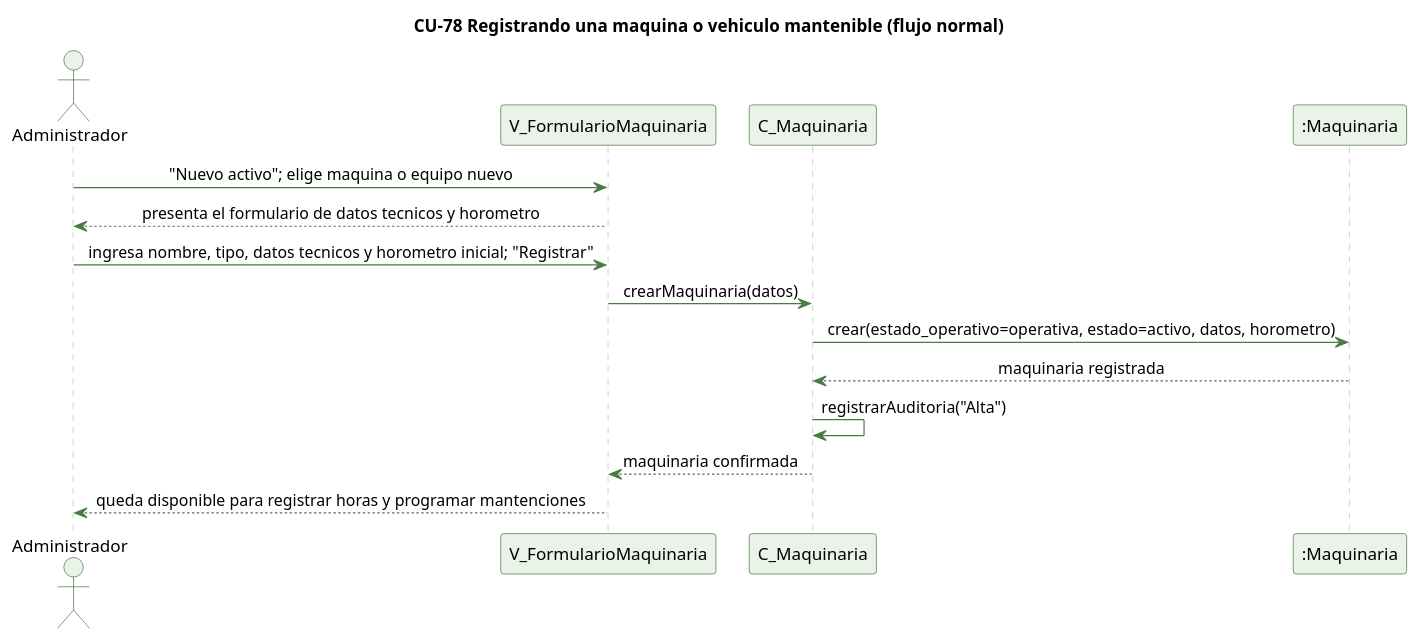
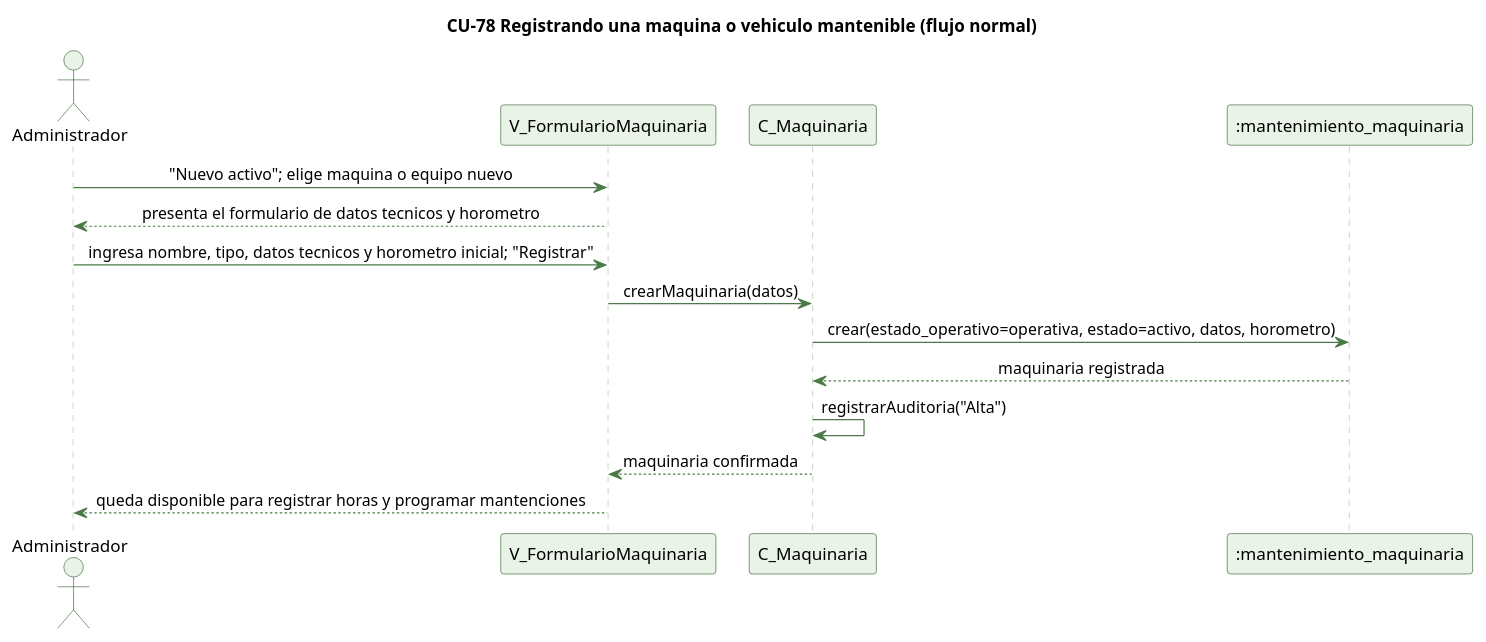
The diagram in docs/trabajo-grupal/diagramas/secuencias/cu78-registrar-activo-normal.puml (kenjikaese/Triverde), drawn with PlantUML before and after one commit. The commit also changed 215 other files, not shown here.

```diff
--- a/docs/trabajo-grupal/diagramas/secuencias/cu78-registrar-activo-normal.puml
+++ b/docs/trabajo-grupal/diagramas/secuencias/cu78-registrar-activo-normal.puml
@@ -1,31 +1,31 @@
 @startuml cu78-registrar-activo-normal
 ' CU-78 Registrando una maquina o vehiculo mantenible - flujo normal
 skinparam backgroundColor #FFFFFF
 skinparam shadowing false
 skinparam defaultFontName Helvetica
 skinparam sequenceMessageAlign center
 skinparam ParticipantBackgroundColor #EAF3E7
 skinparam ParticipantBorderColor #2E5E2A
 skinparam ActorBackgroundColor #EAF3E7
 skinparam ActorBorderColor #2E5E2A
 skinparam sequenceLifeLineBorderColor #9CC49A
 skinparam ArrowColor #4B7A46
 
 title CU-78 Registrando una maquina o vehiculo mantenible (flujo normal)
 
 actor Administrador
 participant "V_FormularioMaquinaria" as V
 participant "C_Maquinaria" as C
-participant ":Maquinaria" as MQ
+participant ":mantenimiento_maquinaria" as MQ
 
 Administrador -> V : "Nuevo activo"; elige maquina o equipo nuevo
 V --> Administrador : presenta el formulario de datos tecnicos y horometro
 Administrador -> V : ingresa nombre, tipo, datos tecnicos y horometro inicial; "Registrar"
 V -> C : crearMaquinaria(datos)
 C -> MQ : crear(estado_operativo=operativa, estado=activo, datos, horometro)
 MQ --> C : maquinaria registrada
 C -> C : registrarAuditoria("Alta")
 C --> V : maquinaria confirmada
 V --> Administrador : queda disponible para registrar horas y programar mantenciones
 
 @enduml
```
